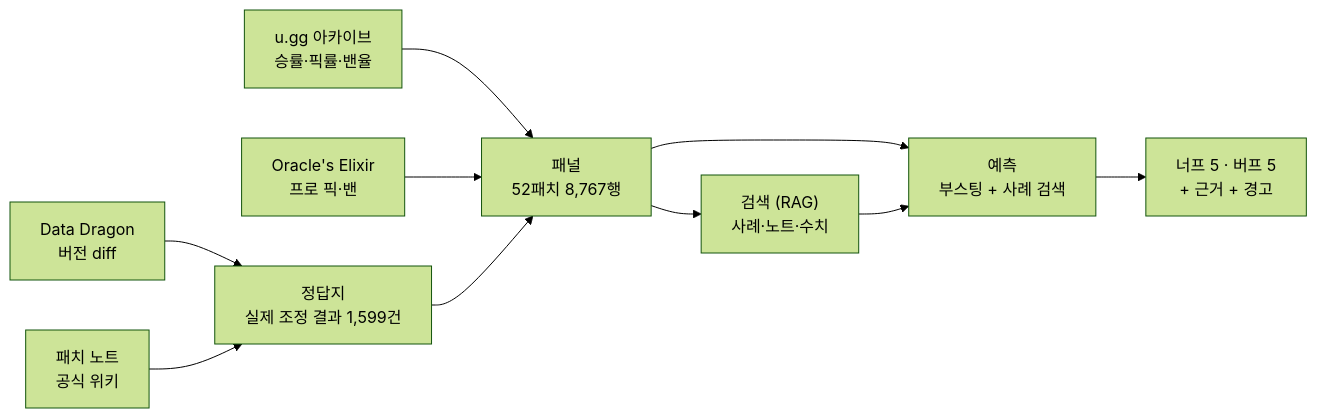
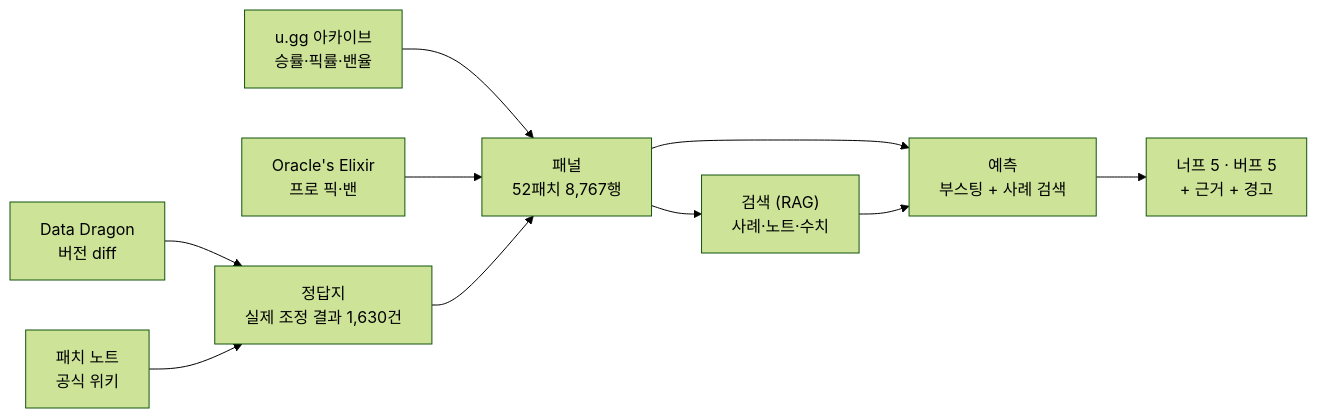
The diagram in README.md (SangMyeong5426/LOL_BALANCE_PROJECT), drawn with Mermaid (forest theme) before and after one commit. The commit also changed other lines of this file and 15 other files, not shown here.

````diff
--- a/README.md
+++ b/README.md
@@ -28,12 +28,12 @@
 ```mermaid
 flowchart LR
   U["u.gg 아카이브<br/>승률·픽률·밴율"] --> P
   O["Oracle's Elixir<br/>프로 픽·밴"] --> P["패널<br/>52패치 8,767행"]
-  D["Data Dragon<br/>버전 diff"] --> L["정답지<br/>실제 조정 결과 1,599건"]
+  D["Data Dragon<br/>버전 diff"] --> L["정답지<br/>실제 조정 결과 1,630건"]
   N["패치 노트<br/>공식 위키"] --> L
   L --> P
   P --> R["검색 (RAG)<br/>사례·노트·수치"]
   P --> M["예측<br/>부스팅 + 사례 검색"]
   R --> M
   M --> W["너프 5 · 버프 5<br/>+ 근거 + 경고"]
 ```
````
